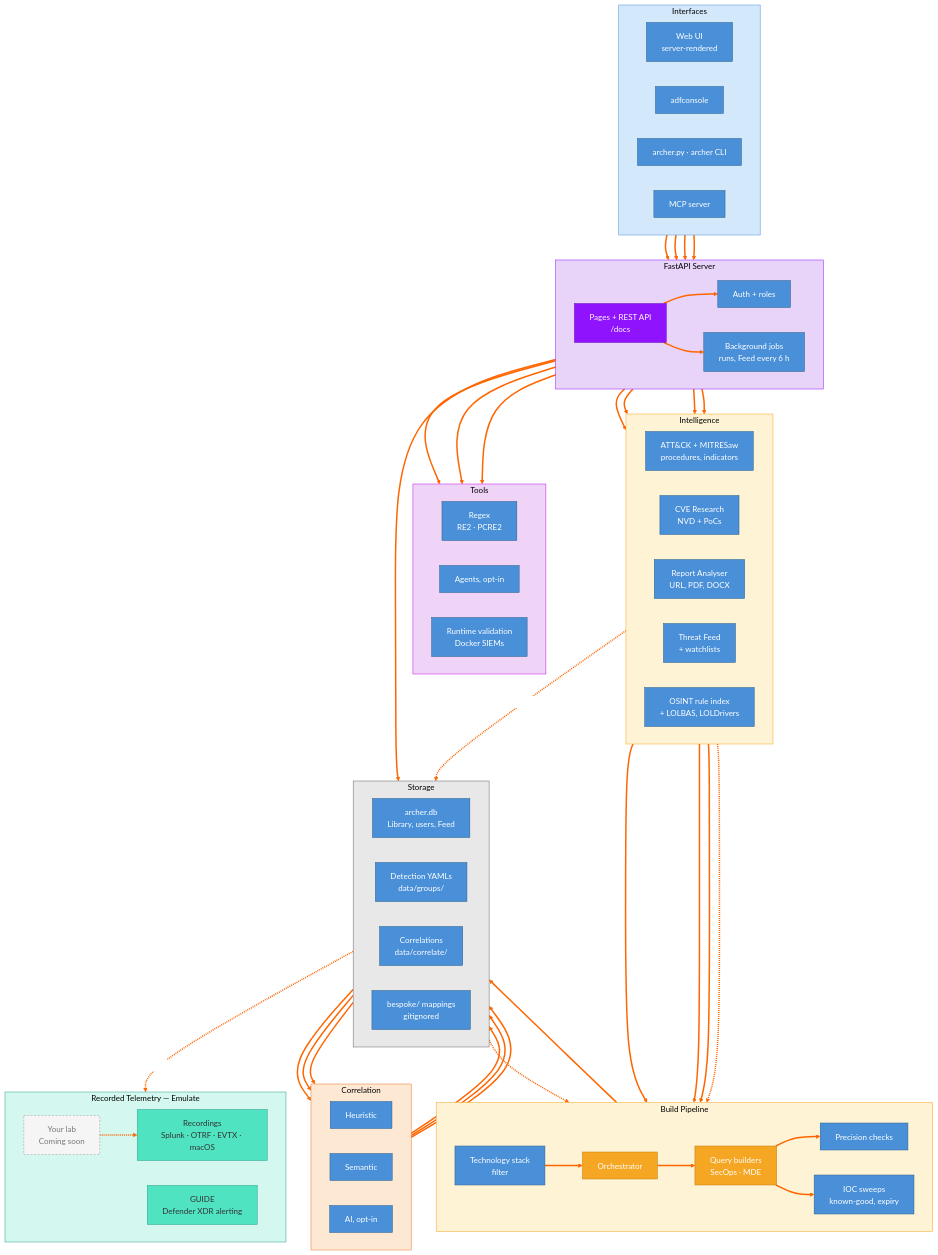
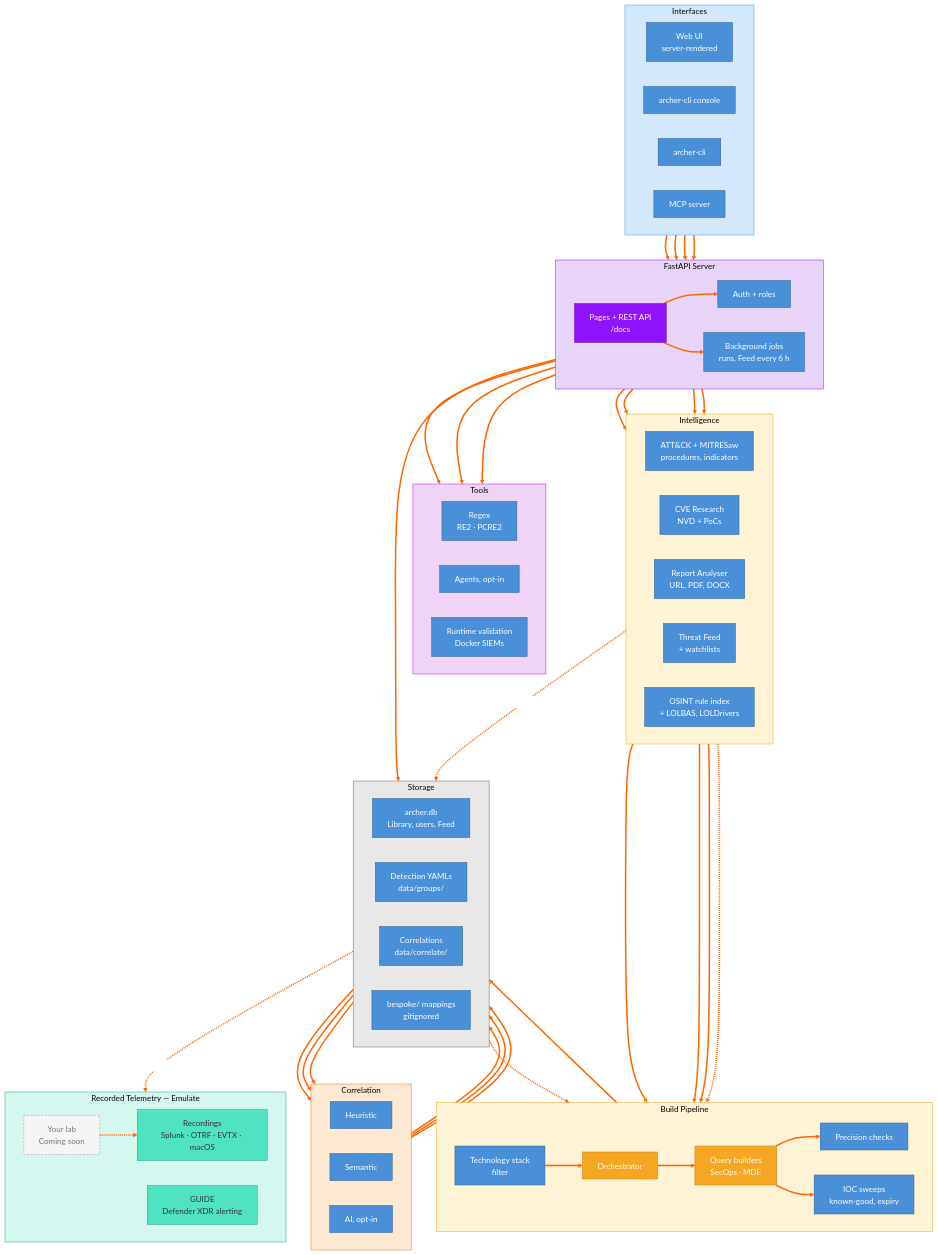
One commit to cmdaltr/shikari changed the sixth of 13 diagrams in docs/architecture/mermaid/MERMAID_DIAGRAMS.md. Above: the diagram before and after it, drawn with Mermaid. The commit also changed other lines of this file and 44 other files, not shown here.

First line of the commit message:
CLI: archer-cli is the one command; console, preview, mcp and offline fold into it

```diff
--- a/docs/architecture/mermaid/MERMAID_DIAGRAMS.md
+++ b/docs/architecture/mermaid/MERMAID_DIAGRAMS.md
@@ -367,8 +367,8 @@
     subgraph IFACE ["Interfaces"]
         direction LR
         WEB["Web UI<br/>server-rendered"]
-        CON["adfconsole"]
-        CLI["archer.py · archer CLI"]
+        CON["archer-cli console"]
+        CLI["archer-cli"]
         MCP["MCP server"]
     end
 
```
